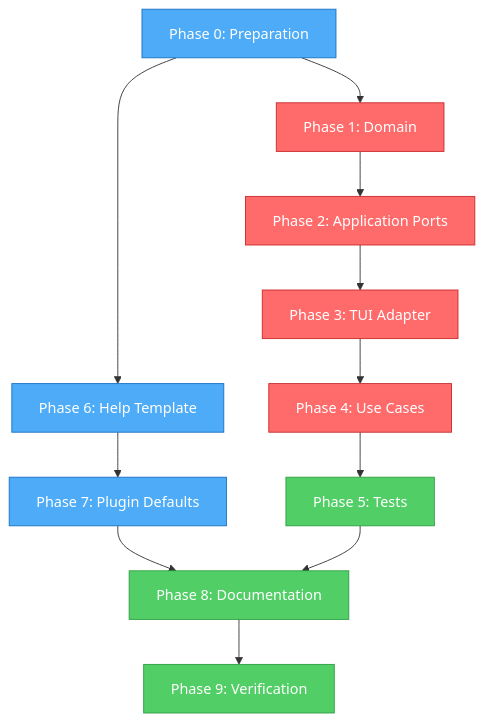
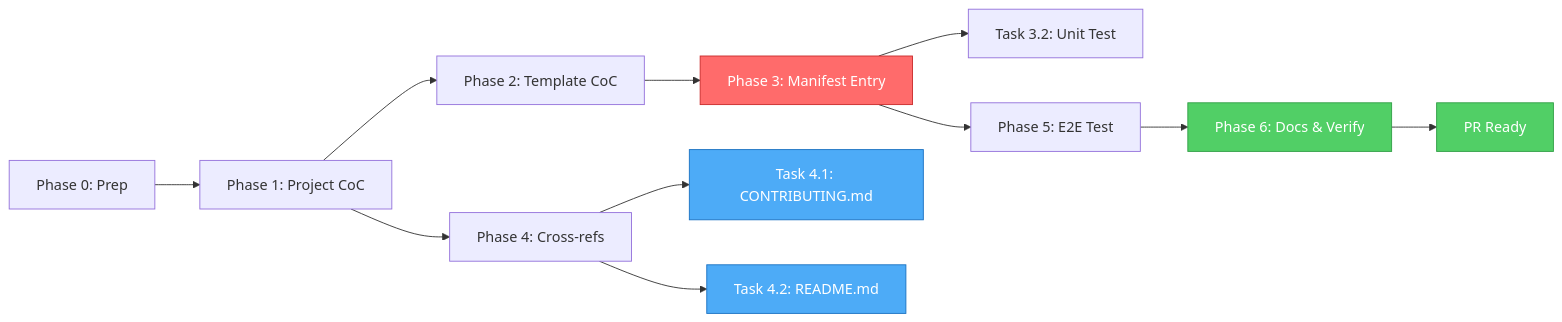
The first of 2 diagrams in tasks/plan.md (Fisherk2/codice-opencode), drawn with Mermaid before and after one commit. The commit also changed other lines of this file and 1 other file, not shown here.

````diff
--- a/tasks/plan.md
+++ b/tasks/plan.md
@@ -1336,21 +89,21 @@
 ```mermaid
-graph TD
-    P0[Phase 0: Preparation] --> P1[Phase 1: Domain]
-    P0 --> P6[Phase 6: Help Template]
-    P1 --> P2[Phase 2: Application Ports]
-    P2 --> P3[Phase 3: TUI Adapter]
-    P3 --> P4[Phase 4: Use Cases]
-    P4 --> P5[Phase 5: Tests]
-    P6 --> P7[Phase 7: Plugin Defaults]
-    P7 --> P8[Phase 8: Documentation]
-    P5 --> P8
-    P8 --> P9[Phase 9: Verification]
+graph LR
+    P0[Phase 0: Prep] --> P1[Phase 1: Project CoC]
+    P1 --> P2[Phase 2: Template CoC]
+    P2 --> P3[Phase 3: Manifest Entry]
+    P3 --> P3T[Task 3.2: Unit Test]
+    P1 --> P4[Phase 4: Cross-refs]
+    P4 --> P4A[Task 4.1: CONTRIBUTING.md]
+    P4 --> P4B[Task 4.2: README.md]
+    P3 --> P5[Phase 5: E2E Test]
+    P5 --> P6[Phase 6: Docs & Verify]
+    P6 --> DONE[PR Ready]
 
-    classDef critical fill:#ff6b6b,stroke:#c92a2a,color:#fff
-    classDef parallel fill:#4dabf7,stroke:#1971c2,color:#fff
+    classDef crit fill:#ff6b6b,stroke:#c92a2a,color:#fff
     classDef gate fill:#51cf66,stroke:#2f9e44,color:#fff
+    classDef par fill:#4dabf7,stroke:#1971c2,color:#fff
 
-    class P1,P2,P3,P4 critical
-    class P0,P6,P7 parallel
-    class P5,P8,P9 gate
+    class P3 crit
+    class P6,DONE gate
+    class P4A,P4B par
 ```
````
